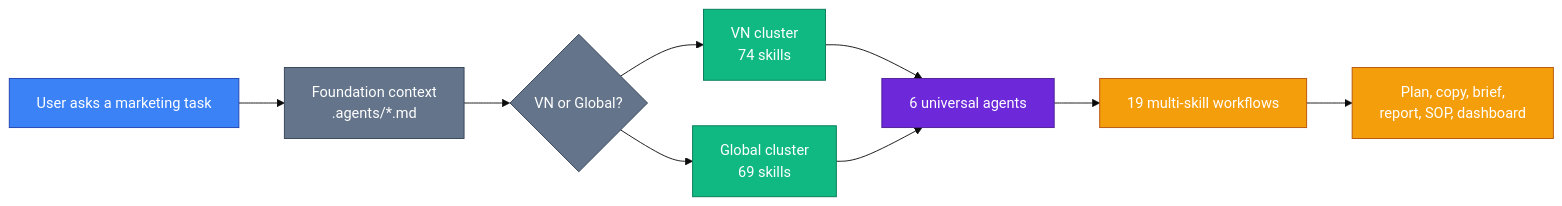
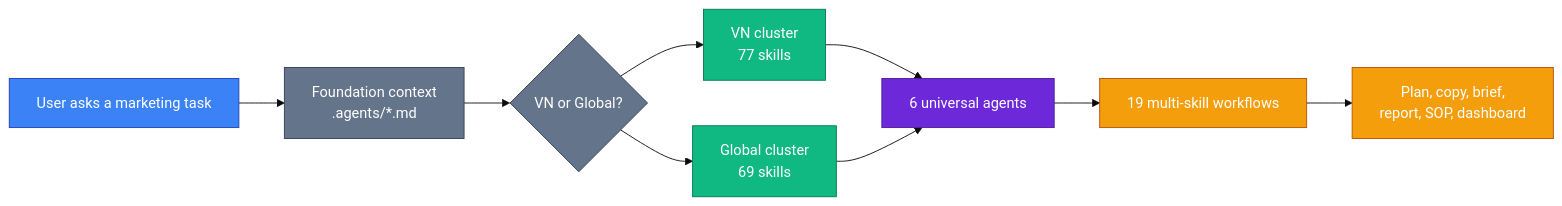
Before and after one commit to minhnv0807/ai-business-skills: the first of 2 diagrams in README.md, drawn with Mermaid (base theme). The commit also changed other lines of this file and 86 other files, not shown here.

````diff
--- a/README.md
+++ b/README.md
@@ -40,23 +40,23 @@
 ```mermaid
 flowchart LR
     UserRequest["User asks a marketing task"] --> Context["Foundation context<br/>.agents/*.md"]
     Context --> ModeRouter{"VN or Global?"}
-    ModeRouter --> VN["VN cluster<br/>74 skills"]
+    ModeRouter --> VN["VN cluster<br/>77 skills"]
     ModeRouter --> Global["Global cluster<br/>69 skills"]
     VN --> Agents["6 universal agents"]
     Global --> Agents
     Agents --> Workflows["19 multi-skill workflows"]
     Workflows --> Output["Plan, copy, brief,<br/>report, SOP, dashboard"]
 
     classDef user fill:#3b82f6,stroke:#1e40af,color:#fff
     classDef system fill:#64748b,stroke:#334155,color:#fff
     classDef admin fill:#f59e0b,stroke:#b45309,color:#fff
     classDef cmsdev fill:#6d28d9,stroke:#4c1d95,color:#fff
     classDef db fill:#10b981,stroke:#047857,color:#fff
 
     class UserRequest user
     class Context,ModeRouter system
     class VN,Global db
     class Agents cmsdev
     class Workflows,Output admin
 ```
````
